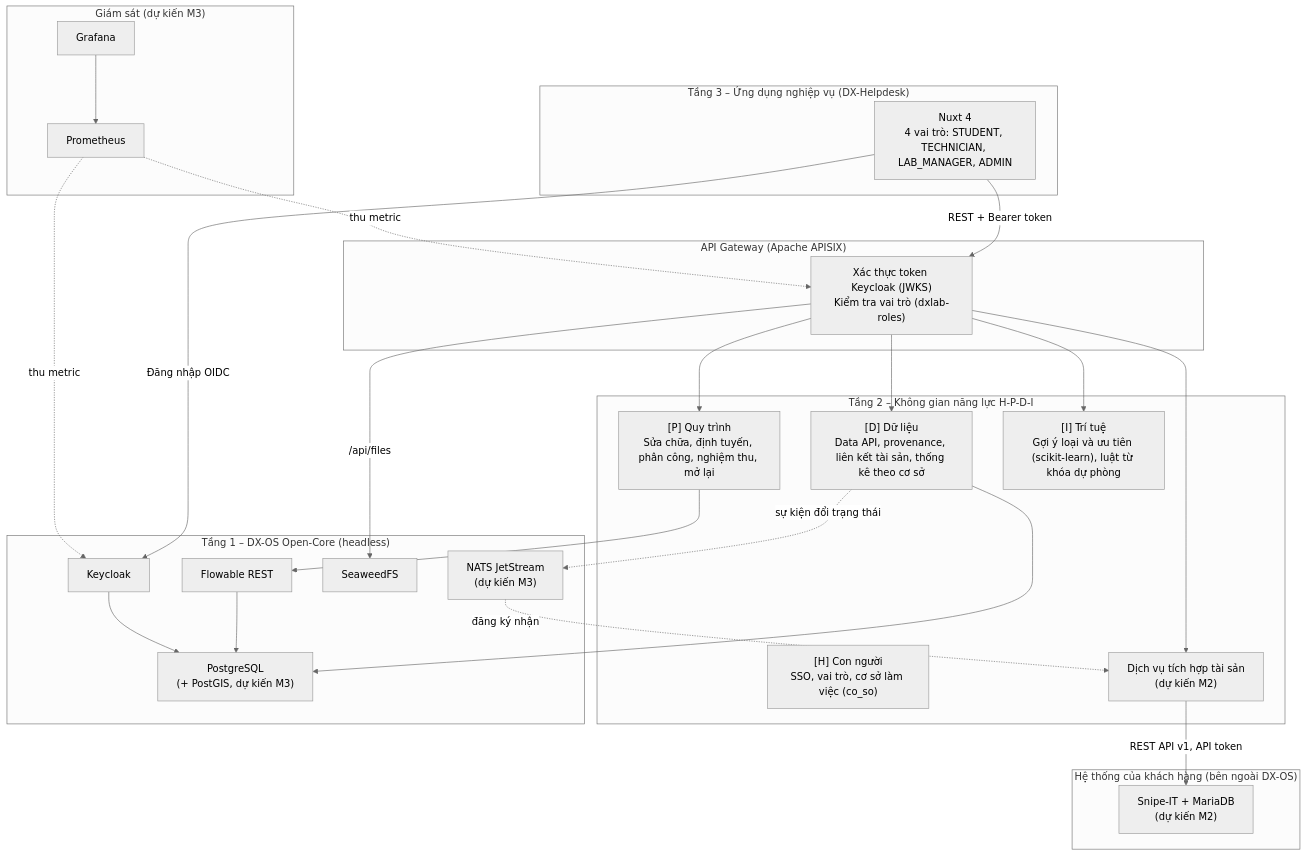
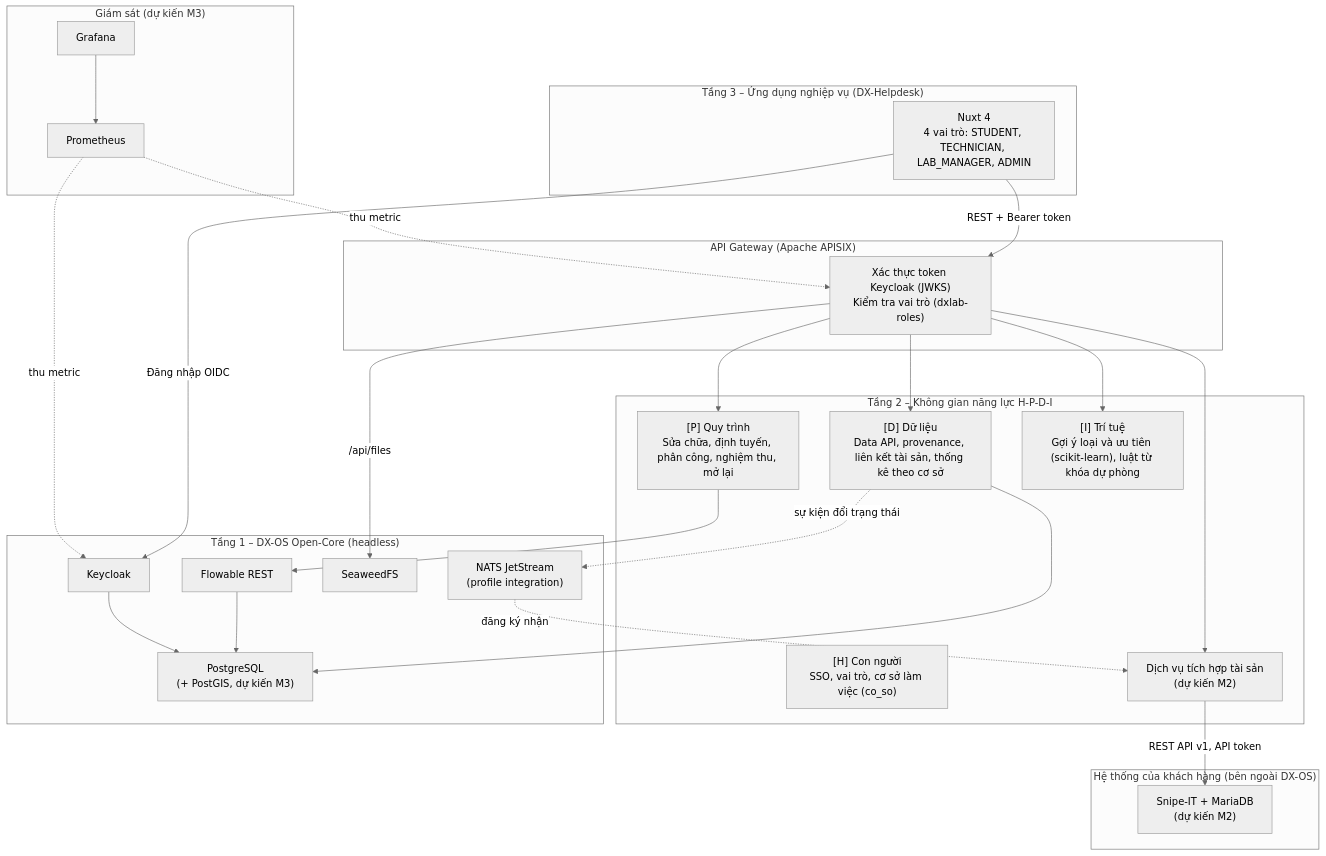
The first of 6 diagrams in docs/architecture.md (HaUI-Libre/dx-lab), drawn with Mermaid (neutral theme) before and after one commit. The commit also changed other lines of this file and 14 other files, not shown here.

First line of the commit message:
feat(core): phát sự kiện đổi trạng thái qua NATS JetStream (#113)

````diff
--- a/docs/architecture.md
+++ b/docs/architecture.md
@@ -21,53 +21,53 @@
 ```mermaid
 graph TD
     subgraph T3 ["Tầng 3 – Ứng dụng nghiệp vụ (DX-Helpdesk)"]
         UI["Nuxt 4<br/>4 vai trò: STUDENT, TECHNICIAN, LAB_MANAGER, ADMIN"]
     end
 
     subgraph T2 ["Tầng 2 – Không gian năng lực H-P-D-I"]
         H["[H] Con người<br/>SSO, vai trò, cơ sở làm việc (co_so)"]
         P["[P] Quy trình<br/>Sửa chữa, định tuyến, phân công, nghiệm thu, mở lại"]
         D["[D] Dữ liệu<br/>Data API, provenance, liên kết tài sản, thống kê theo cơ sở"]
         I["[I] Trí tuệ<br/>Gợi ý loại và ưu tiên (scikit-learn), luật từ khóa dự phòng"]
         ASSET["Dịch vụ tích hợp tài sản<br/>(dự kiến M2)"]
     end
 
     subgraph GW ["API Gateway (Apache APISIX)"]
         APISIX["Xác thực token Keycloak (JWKS)<br/>Kiểm tra vai trò (dxlab-roles)"]
     end
 
     subgraph T1 ["Tầng 1 – DX-OS Open-Core (headless)"]
         KC["Keycloak"]
         PG["PostgreSQL<br/>(+ PostGIS, dự kiến M3)"]
         FL["Flowable REST"]
         SW["SeaweedFS"]
-        NATS["NATS JetStream<br/>(dự kiến M3)"]
+        NATS["NATS JetStream<br/>(profile integration)"]
     end
 
     subgraph EXT ["Hệ thống của khách hàng (bên ngoài DX-OS)"]
         SNIPE["Snipe-IT + MariaDB<br/>(dự kiến M2)"]
     end
 
     subgraph MON ["Giám sát (dự kiến M3)"]
         PROM["Prometheus"]
         GRAF["Grafana"]
     end
 
     UI -->|"Đăng nhập OIDC"| KC
     UI -->|"REST + Bearer token"| APISIX
     APISIX --> D
     APISIX --> P
     APISIX --> I
     APISIX --> ASSET
     APISIX -->|"/api/files"| SW
     D --> PG
     P --> FL
     FL --> PG
     KC --> PG
     ASSET -->|"REST API v1, API token"| SNIPE
     D -.->|sự kiện đổi trạng thái| NATS
     NATS -.->|đăng ký nhận| ASSET
     PROM -.->|thu metric| APISIX
     PROM -.->|thu metric| KC
     GRAF --> PROM
 ```
````
